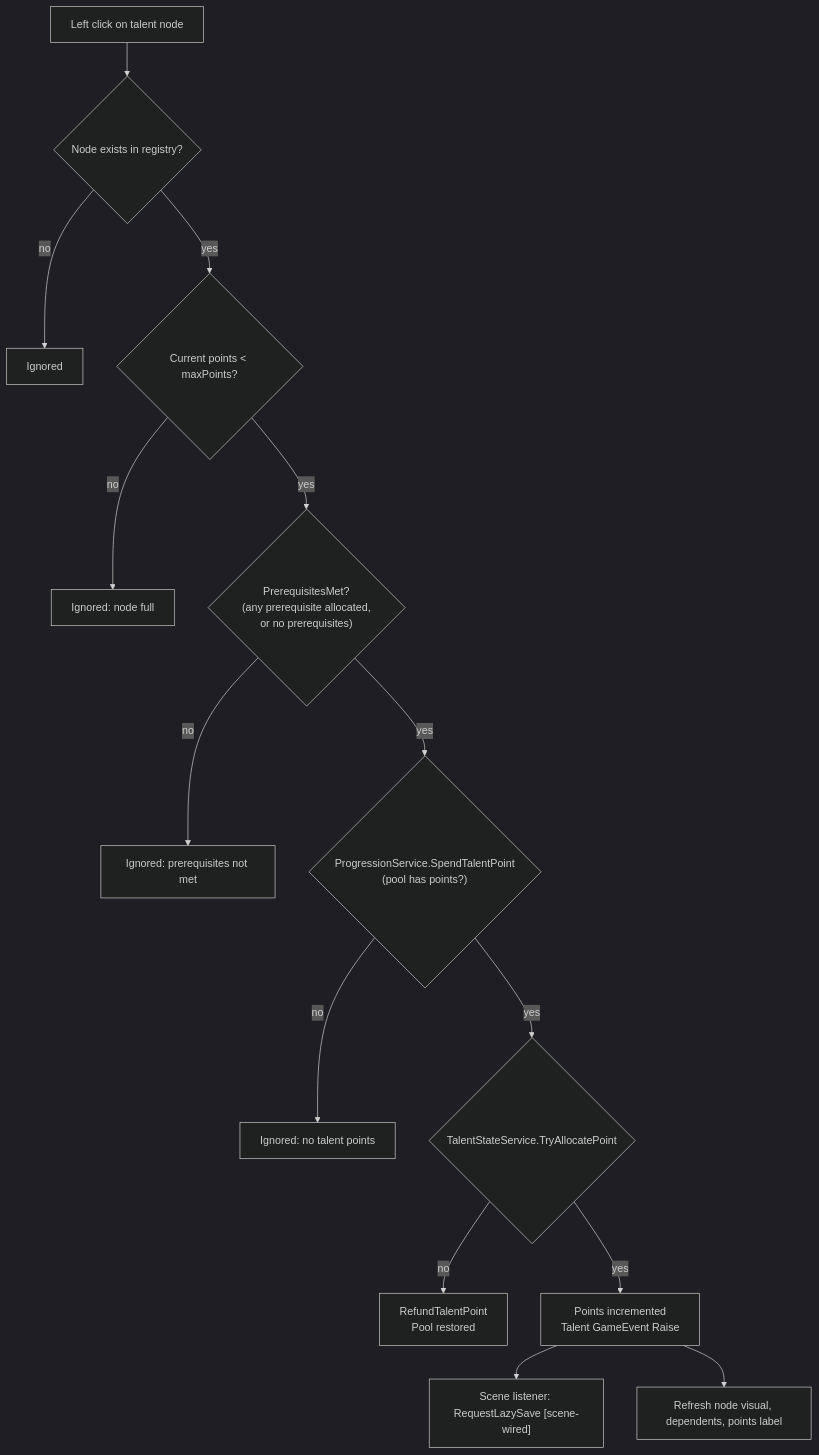
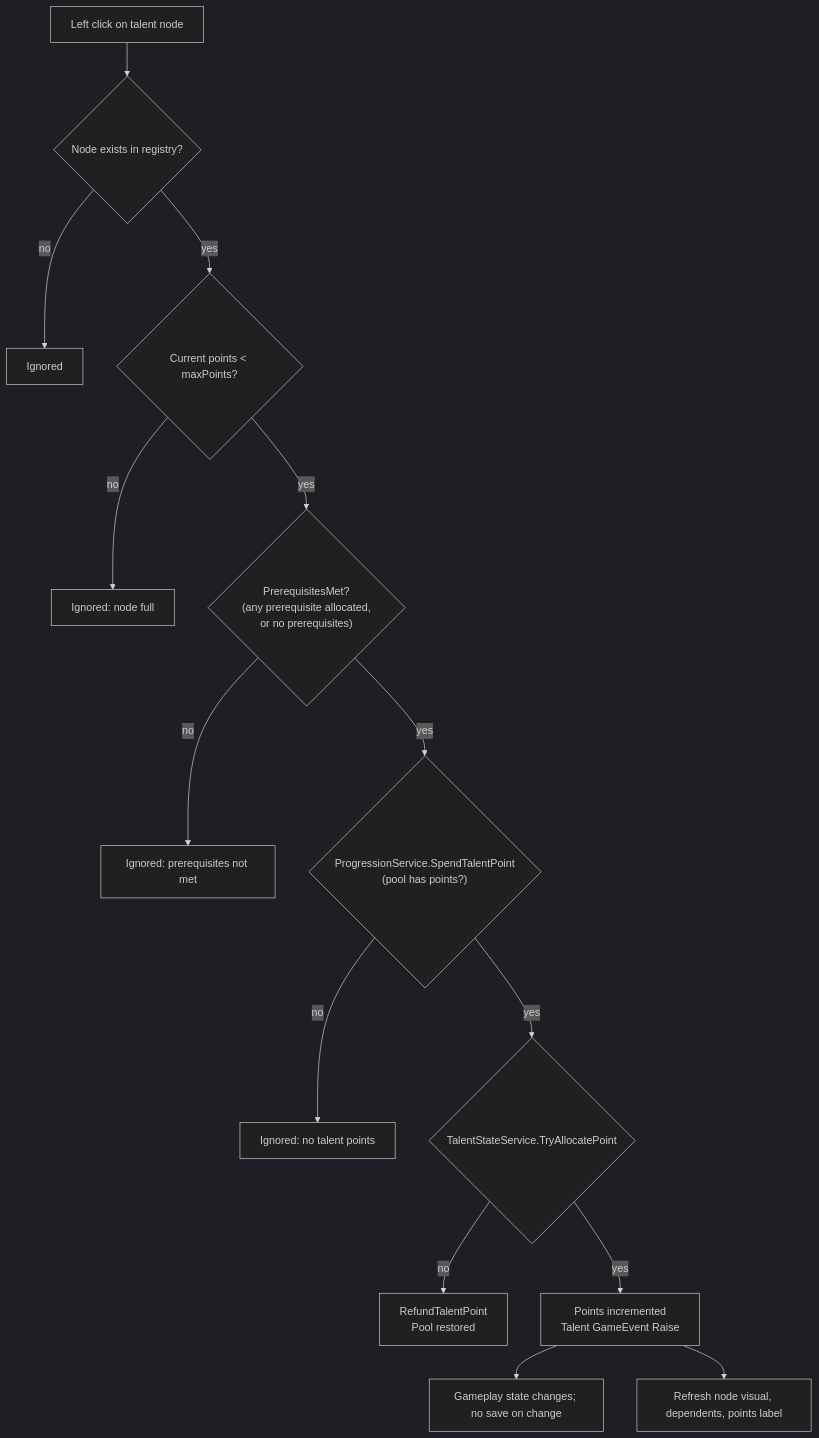
The seventh of 17 diagrams in Docs/DECISION_TREES.md (Relativ9/Sol), drawn with Mermaid (dark theme) before and after one commit. The commit also changed other lines of this file and 29 other files, not shown here.

````diff
--- a/Docs/DECISION_TREES.md
+++ b/Docs/DECISION_TREES.md
@@ -127,16 +145,16 @@
 ```mermaid
 flowchart TD
   A["Left click on talent node"] --> B{"Node exists in registry?"}
   B -- no --> X1["Ignored"]
   B -- yes --> C{"Current points < maxPoints?"}
   C -- no --> X2["Ignored: node full"]
   C -- yes --> D{"PrerequisitesMet?\n(any prerequisite allocated,\nor no prerequisites)"}
   D -- no --> X3["Ignored: prerequisites not met"]
   D -- yes --> E{"ProgressionService.SpendTalentPoint\n(pool has points?)"}
   E -- no --> X4["Ignored: no talent points"]
   E -- yes --> F{"TalentStateService.TryAllocatePoint"}
   F -- no --> G["RefundTalentPoint\nPool restored"]
   F -- yes --> H["Points incremented\nTalent GameEvent Raise"]
-  H --> I["Scene listener: RequestLazySave [scene-wired]"]
+  H --> I["Gameplay state changes; no save on change"]
   H --> J["Refresh node visual, dependents, points label"]
 ```
````
